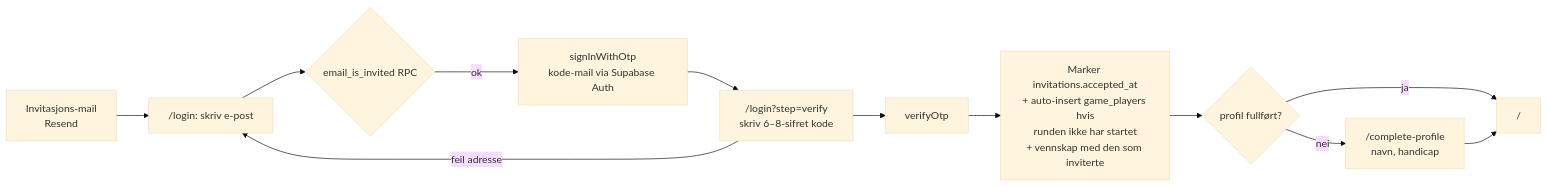
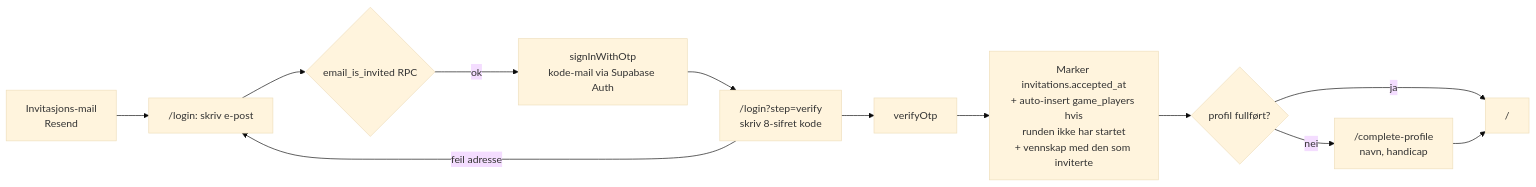
Before and after one commit to jdlarssen/golf-app: the second of 6 diagrams in docs/user-flows.md, drawn with Mermaid (base theme). The commit also changed other lines of this file and 15 other files, not shown here.

````diff
--- a/docs/user-flows.md
+++ b/docs/user-flows.md
@@ -107,14 +107,14 @@
 ```mermaid
 flowchart LR
   A[Invitasjons-mail<br/>Resend] --> B["/login: skriv e-post"]
   B --> C{email_is_invited RPC}
   C -- ok --> D[signInWithOtp<br/>kode-mail via Supabase Auth]
-  D --> E["/login?step=verify<br/>skriv 6–8-sifret kode"]
+  D --> E["/login?step=verify<br/>skriv 8-sifret kode"]
   E -- feil adresse --> B
   E --> F[verifyOtp]
   F --> G[Marker invitations.accepted_at<br/>+ auto-insert game_players hvis<br/>runden ikke har startet<br/>+ vennskap med den som inviterte]
   G --> H{profil fullført?}
   H -- nei --> CP["/complete-profile<br/>navn, handicap"]
   H -- ja --> Home["/"]
   CP --> Home
 ```
````
